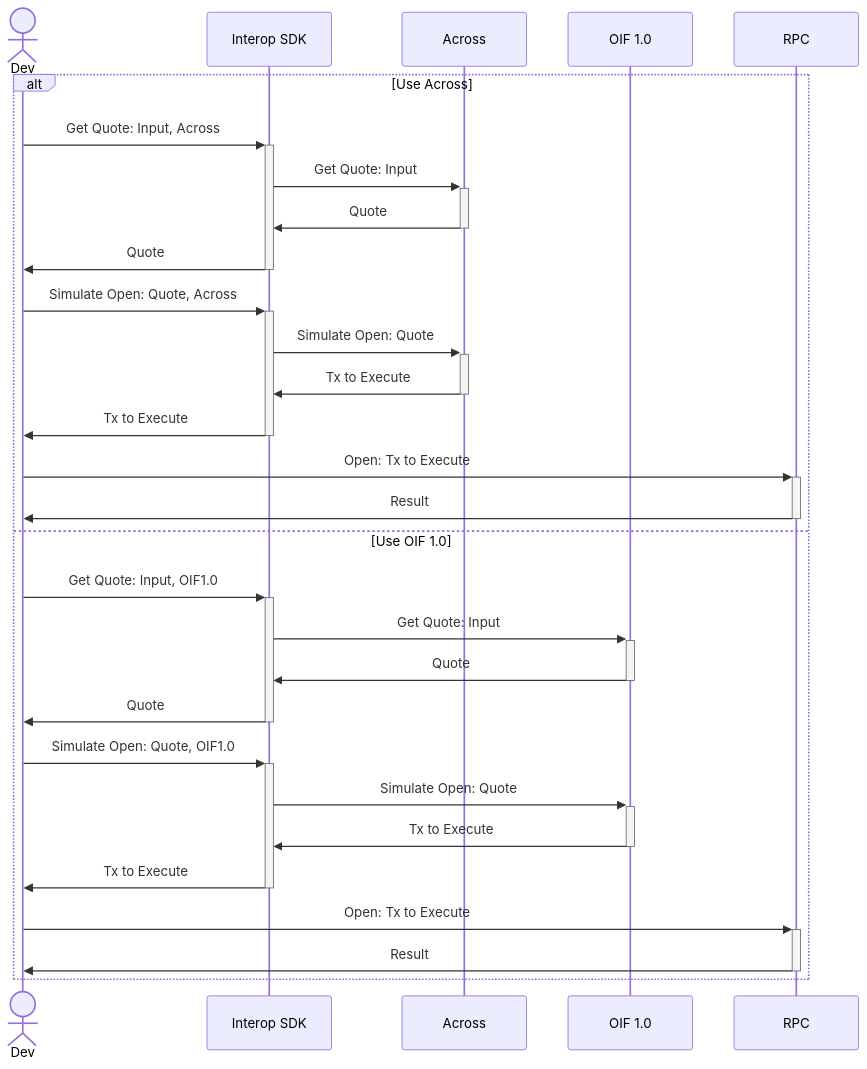
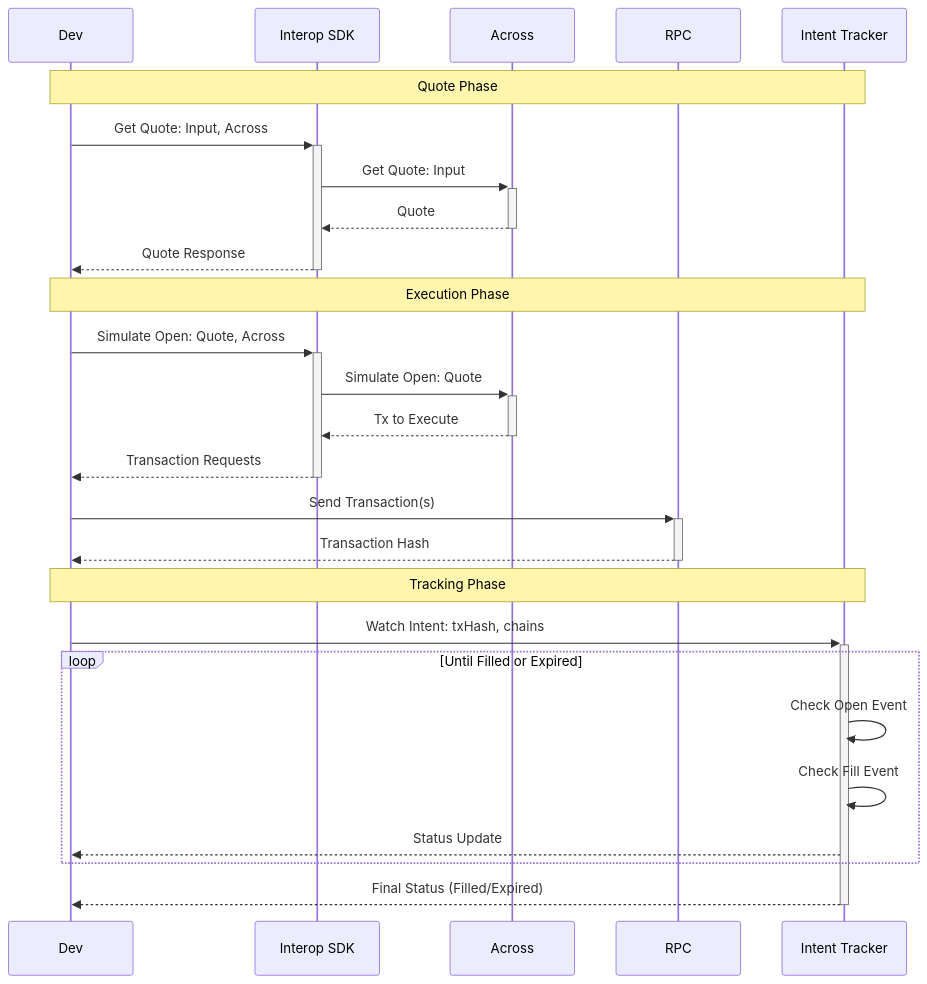
The diagram in apps/docs/docs/cross-chain/flow.md (defi-wonderland/interop-sdk), drawn with Mermaid before and after one commit. The commit also changed other lines of this file and 3 other files, not shown here.

````diff
--- a/apps/docs/docs/cross-chain/flow.md
+++ b/apps/docs/docs/cross-chain/flow.md
@@ -7,38 +7,32 @@
 ```mermaid
 sequenceDiagram
-  Actor dev as Dev
-  participant sdk as Interop SDK
-  participant across as Across
-  participant oif as OIF 1.0
-  participant rpc as RPC
+    participant dev as Dev
+    participant sdk as Interop SDK
+    participant across as Across
+    participant rpc as RPC
+    participant tracker as Intent Tracker
 
-  alt Use Across
-    dev ->>+ sdk: Get Quote: Input, Across
-    sdk ->>+ across: Get Quote: Input
-    across ->>- sdk: Quote
-    sdk ->>- dev: Quote
+    Note over dev,tracker: Quote Phase
+    dev->>+sdk: Get Quote: Input, Across
+    sdk->>+across: Get Quote: Input
+    across-->>-sdk: Quote
+    sdk-->>-dev: Quote Response
 
-    dev ->>+ sdk: Simulate Open: Quote, Across
-    sdk ->>+ across: Simulate Open: Quote
-    across ->>- sdk: Tx to Execute
-    sdk ->>- dev: Tx to Execute
+    Note over dev,tracker: Execution Phase
+    dev->>+sdk: Simulate Open: Quote, Across
+    sdk->>+across: Simulate Open: Quote
+    across-->>-sdk: Tx to Execute
+    sdk-->>-dev: Transaction Requests
 
-    dev ->>+ rpc: Open: Tx to Execute
-    rpc ->>- dev: Result
+    dev->>+rpc: Send Transaction(s)
+    rpc-->>-dev: Transaction Hash
 
-  else Use OIF 1.0
-    dev ->>+ sdk: Get Quote: Input, OIF1.0
-    sdk ->>+ oif: Get Quote: Input
-    oif ->>- sdk: Quote
-    sdk ->>- dev: Quote
-
-    dev ->>+ sdk: Simulate Open: Quote, OIF1.0
-    sdk ->>+ oif: Simulate Open: Quote
-    oif ->>- sdk: Tx to Execute
-    sdk ->>- dev: Tx to Execute
-
-    dev ->>+ rpc: Open: Tx to Execute
-    rpc ->>- dev: Result
-
-end
+    Note over dev,tracker: Tracking Phase
+    dev->>+tracker: Watch Intent: txHash, chains
+    loop Until Filled or Expired
+        tracker->>tracker: Check Open Event
+        tracker->>tracker: Check Fill Event
+        tracker-->>dev: Status Update
+    end
+    tracker-->>-dev: Final Status (Filled/Expired)
 ```
````
